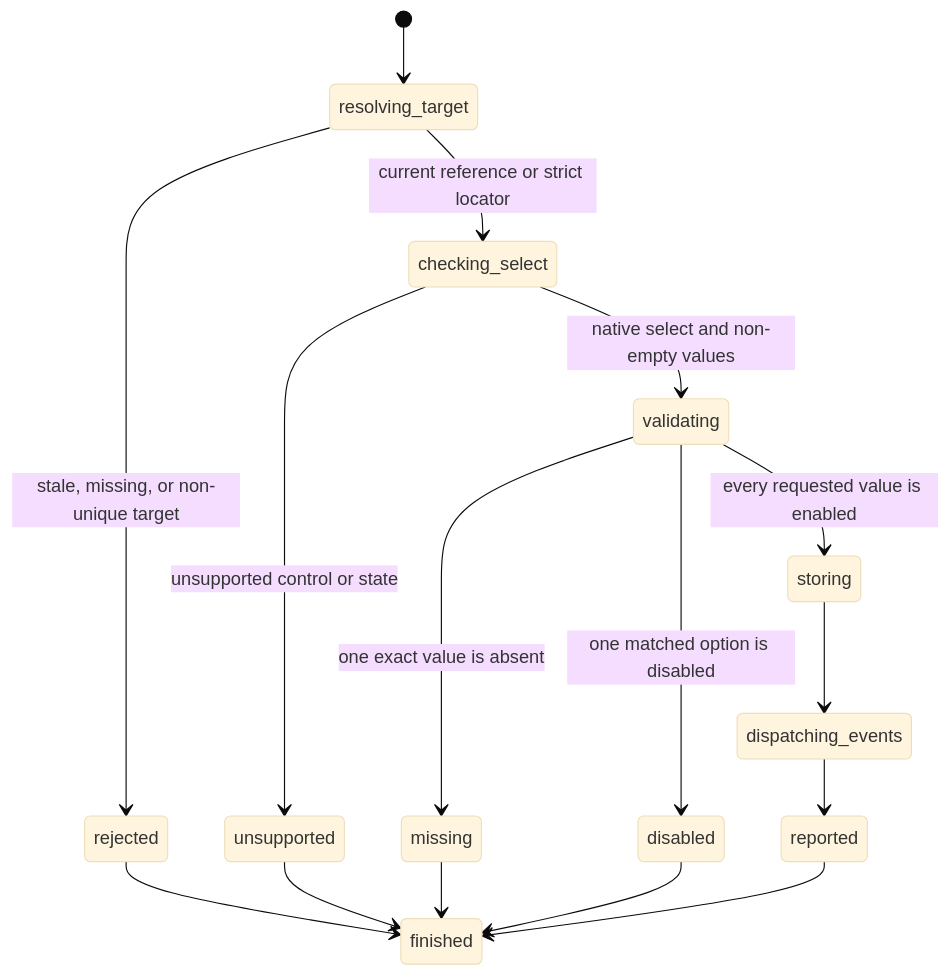
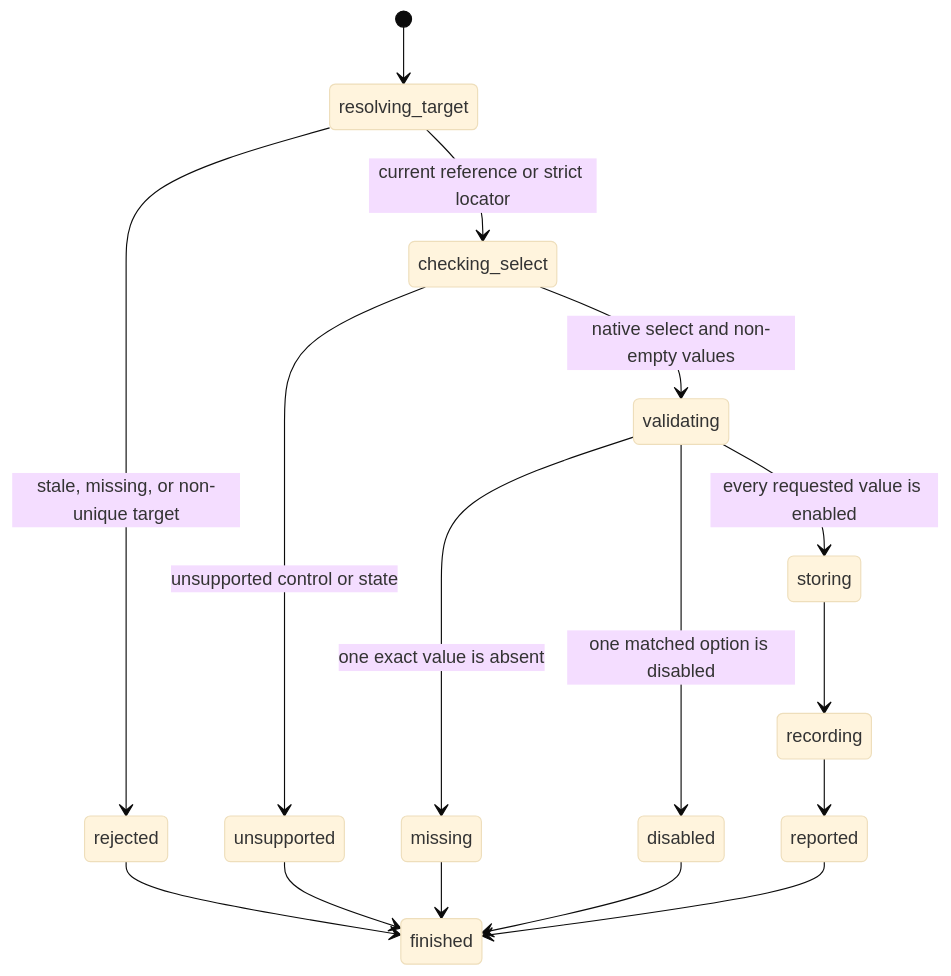
One commit to thoriqakbar0/browser.jr changed the diagram in interaction/select-option.md. Above: the diagram before and after it, drawn with Mermaid (base theme). The commit also changed other lines of this file and 80 other files, not shown here.

````diff
--- a/interaction/select-option.md
+++ b/interaction/select-option.md
@@ -23,18 +25,18 @@
 ```mermaid
 stateDiagram-v2
     [*] --> resolving_target
     resolving_target --> rejected : stale, missing, or non-unique target
     resolving_target --> checking_select : current reference or strict locator
     checking_select --> unsupported : unsupported control or state
     checking_select --> validating : native select and non-empty values
     validating --> missing : one exact value is absent
     validating --> disabled : one matched option is disabled
     validating --> storing : every requested value is enabled
-    storing --> dispatching_events
-    dispatching_events --> reported
+    storing --> recording
+    recording --> reported
     rejected --> finished
     unsupported --> finished
     missing --> finished
     disabled --> finished
     reported --> finished
 ```
````
